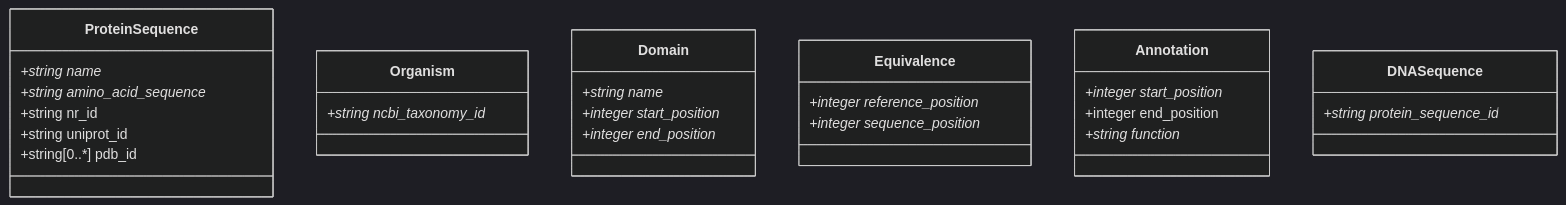
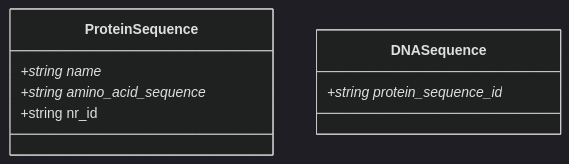
The diagram in PyEEDexample/schemes/PyEED Data Model.md (maxim945/Database-present), drawn with Mermaid (dark theme) before and after one commit. The commit also changed 4 other files, not shown here.

````diff
--- a/PyEEDexample/schemes/PyEED Data Model.md
+++ b/PyEEDexample/schemes/PyEED Data Model.md
@@ -1,37 +1,14 @@
 ```mermaid
 classDiagram
     
     class ProteinSequence {
         +string name*
         +string amino_acid_sequence*
         +string nr_id
-        +string uniprot_id
-        +string[0..*] pdb_id
-    }
-    
-    class Organism {
-        +string ncbi_taxonomy_id*
-    }
-    
-    class Domain {
-        +string name*
-        +integer start_position*
-        +integer end_position*
-    }
-    
-    class Equivalence {
-        +integer reference_position*
-        +integer sequence_position*
-    }
-    
-    class Annotation {
-        +integer start_position*
-        +integer end_position
-        +string function*
     }
     
     class DNASequence {
         +string protein_sequence_id*
     }
     
 ```
````
